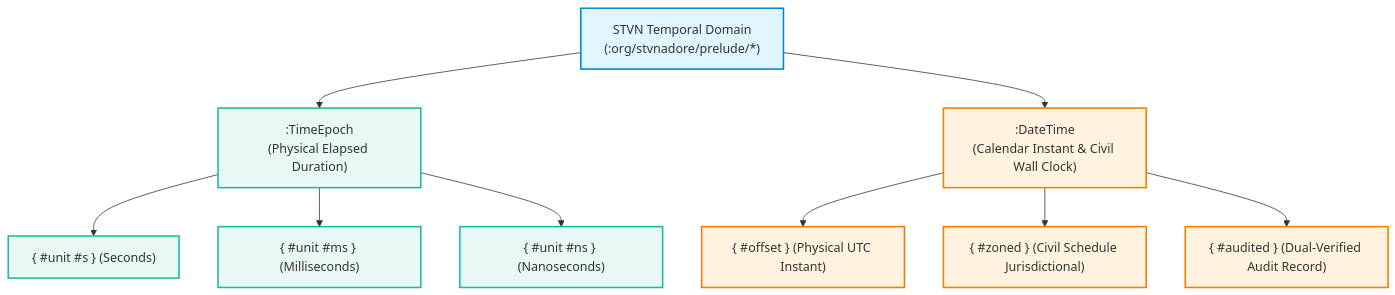
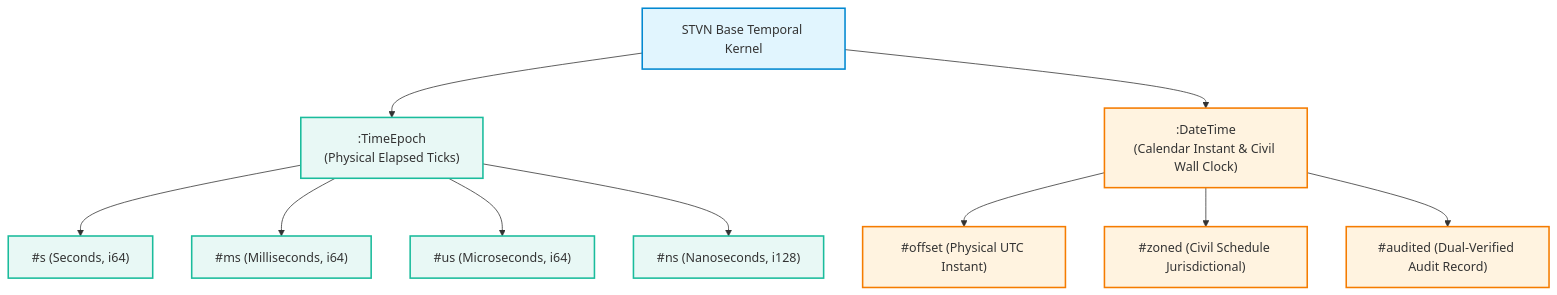
One commit to chaotic3quilibrium/stvnadore-core changed the second of 3 diagrams in docs/architecture/STVN_LANGUAGE_SPEC.md. Above: the diagram before and after it, drawn with Mermaid. The commit also changed other lines of this file and 60 other files, not shown here.

````diff
--- a/docs/architecture/STVN_LANGUAGE_SPEC.md
+++ b/docs/architecture/STVN_LANGUAGE_SPEC.md
@@ -894,18 +915,19 @@
 ```mermaid
 flowchart TD
     classDef root fill:#E1F5FE,stroke:#0288D1,stroke-width:2px;
     classDef epoch fill:#E8F8F5,stroke:#1ABC9C,stroke-width:2px;
     classDef cal fill:#FFF3E0,stroke:#F57C00,stroke-width:2px;
 
-    Temporal["STVN Temporal Domain\n(:org/stvnadore/prelude/*)"]:::root
-    Temporal --> Epoch[":TimeEpoch\n(Physical Elapsed Duration)"]:::epoch
+    Temporal["STVN Base Temporal Kernel"]:::root
+    Temporal --> Epoch[":TimeEpoch\n(Physical Elapsed Ticks)"]:::epoch
     Temporal --> Cal[":DateTime\n(Calendar Instant & Civil Wall Clock)"]:::cal
 
-    Epoch --> U_S["{ #unit #s } (Seconds)"]:::epoch
-    Epoch --> U_MS["{ #unit #ms } (Milliseconds)"]:::epoch
-    Epoch --> U_NS["{ #unit #ns } (Nanoseconds)"]:::epoch
+    Epoch --> U_S["#s (Seconds, i64)"]:::epoch
+    Epoch --> U_MS["#ms (Milliseconds, i64)"]:::epoch
+    Epoch --> U_US["#us (Microseconds, i64)"]:::epoch
+    Epoch --> U_NS["#ns (Nanoseconds, i128)"]:::epoch
 
-    Cal --> M_OFF["{ #offset } (Physical UTC Instant)"]:::cal
-    Cal --> M_ZONE["{ #zoned } (Civil Schedule Jurisdictional)"]:::cal
-    Cal --> M_AUD["{ #audited } (Dual-Verified Audit Record)"]:::cal
+    Cal --> M_OFF["#offset (Physical UTC Instant)"]:::cal
+    Cal --> M_ZONE["#zoned (Civil Schedule Jurisdictional)"]:::cal
+    Cal --> M_AUD["#audited (Dual-Verified Audit Record)"]:::cal
 ```
````
